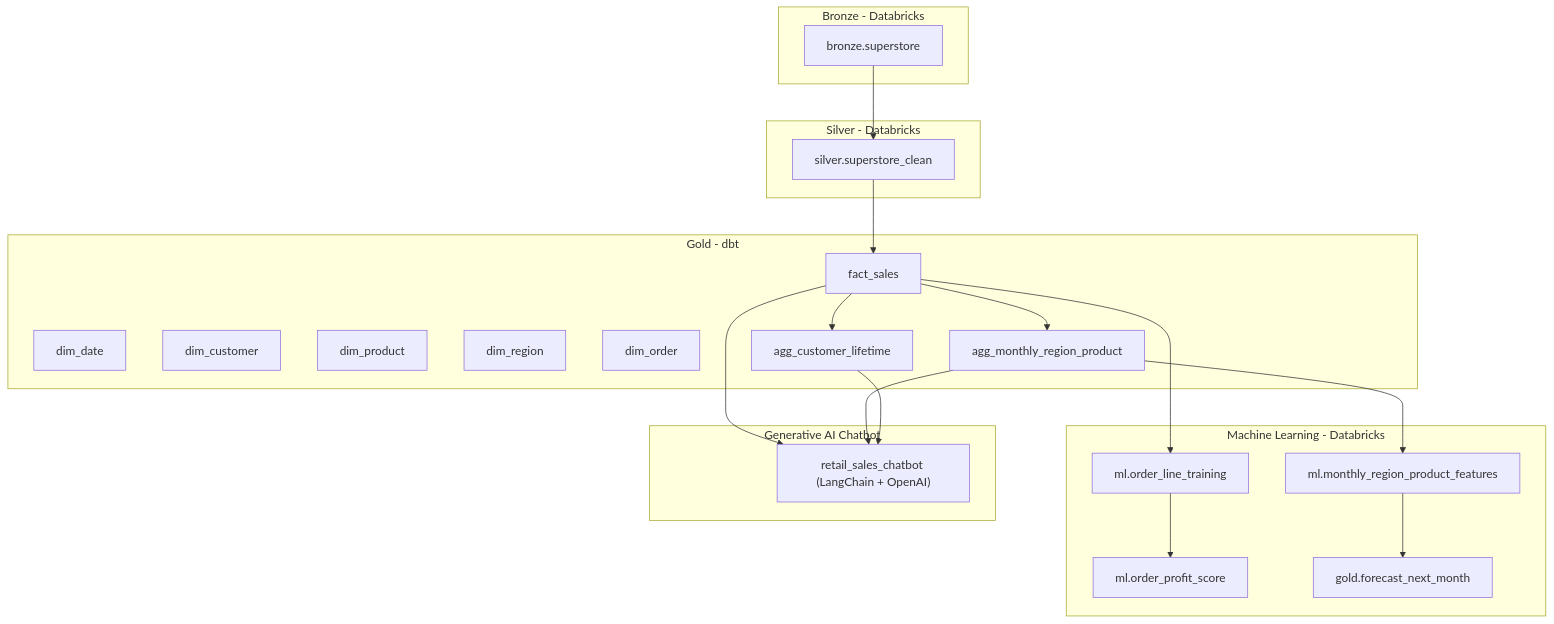
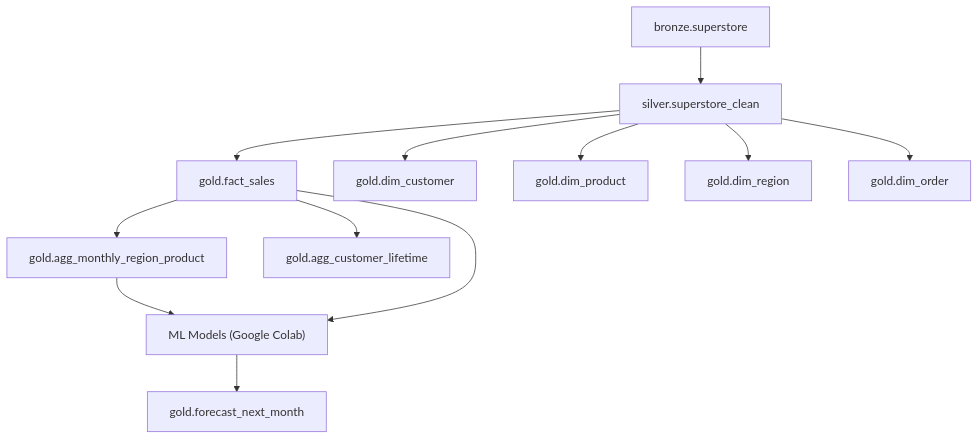
Before and after one commit to nalavala999/retail_sales_analytics_and_forecasting: the diagram in README.md, drawn with Mermaid. The commit also changed other lines of this file, not shown here.

````diff
--- a/README.md
+++ b/README.md
@@ -57,44 +47,14 @@
 ```mermaid
 graph TD
-  subgraph Bronze [Bronze - Databricks]
-    b1["bronze.superstore"]
-  end
-
-  subgraph Silver [Silver - Databricks]
-    s1["silver.superstore_clean"]
-  end
-
-  subgraph Gold [Gold - dbt]
-    d_date["dim_date"]
-    d_customer["dim_customer"]
-    d_product["dim_product"]
-    d_region["dim_region"]
-    d_order["dim_order"]
-    f_sales["fact_sales"]
-    agg_mrp["agg_monthly_region_product"]
-    agg_cust["agg_customer_lifetime"]
-  end
-
-  subgraph ML [Machine Learning - Databricks]
-    m_train["ml.order_line_training"]
-    m_feat["ml.monthly_region_product_features"]
-    m_cls_out["ml.order_profit_score"]
-    m_fcst_out["gold.forecast_next_month"]
-  end
-
-  subgraph AI [Generative AI Chatbot]
-    bot["retail_sales_chatbot (LangChain + OpenAI)"]
-  end
-
-  b1 --> s1
-  s1 --> f_sales
-  f_sales --> agg_mrp
-  f_sales --> agg_cust
-  agg_mrp --> m_feat
-  f_sales --> m_train
-  m_feat --> m_fcst_out
-  m_train --> m_cls_out
-  f_sales --> bot
-  agg_mrp --> bot
-  agg_cust --> bot
+  A["bronze.superstore"] --> B["silver.superstore_clean"]
+  B --> C["gold.fact_sales"]
+  B --> D["gold.dim_customer"]
+  B --> E["gold.dim_product"]
+  B --> F["gold.dim_region"]
+  B --> G["gold.dim_order"]
+  C --> H["gold.agg_monthly_region_product"]
+  C --> I["gold.agg_customer_lifetime"]
+  H --> J["ML Models (Google Colab)"]
+  C --> J
+  J --> K["gold.forecast_next_month"]
 ```
````
